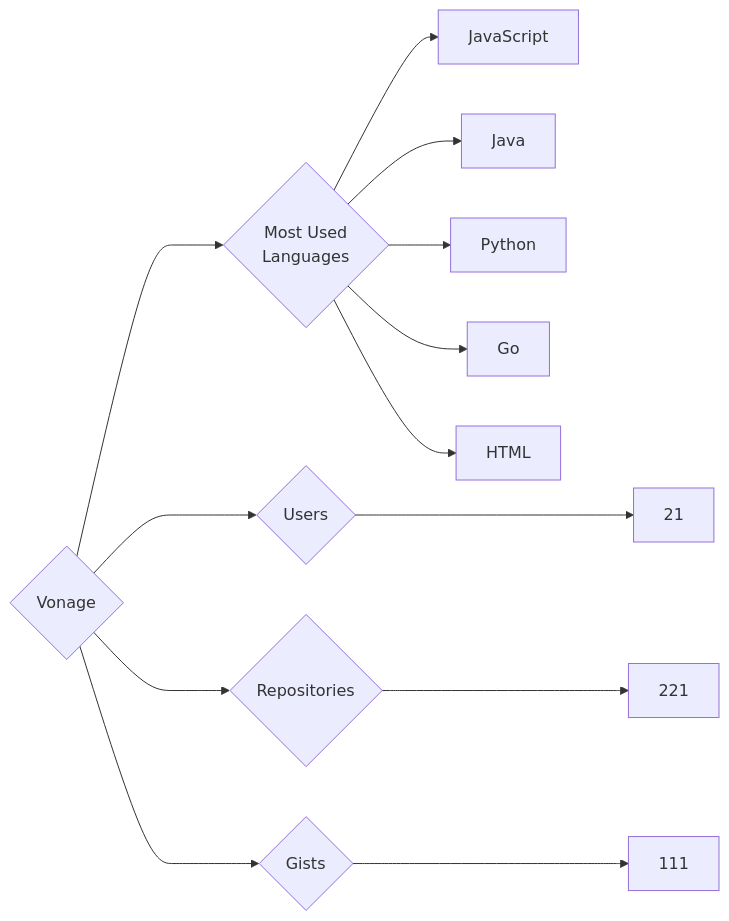
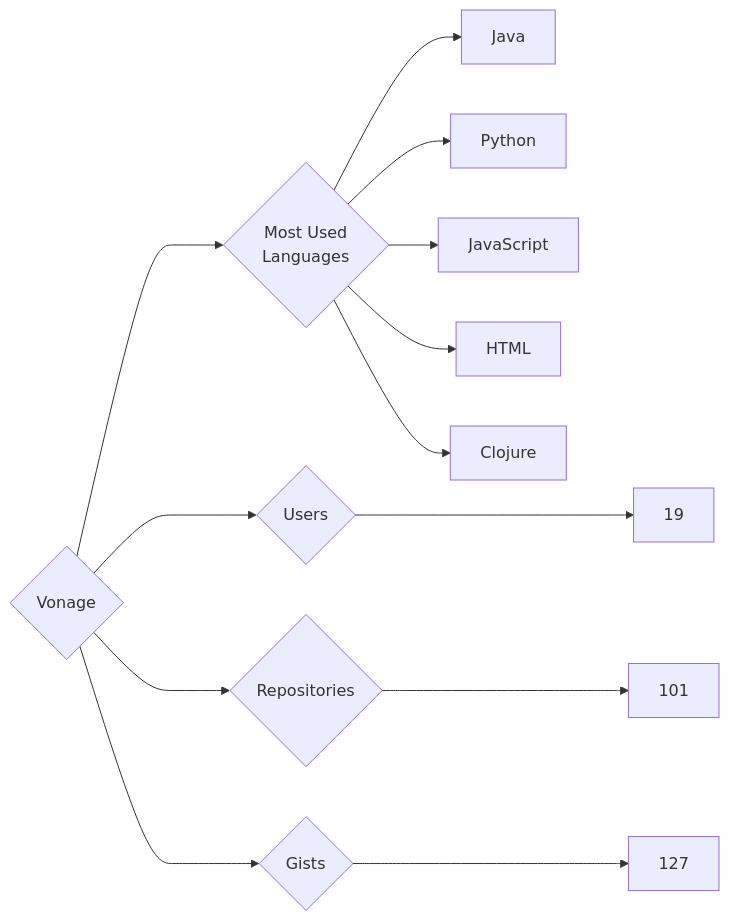
Before and after one commit to trickest/insiders: the diagram in targets/Vonage/README.md, drawn with Mermaid. The commit also changed 814 other files, not shown here.

````diff
--- a/targets/Vonage/README.md
+++ b/targets/Vonage/README.md
@@ -3,13 +3,13 @@
 ```mermaid
 graph LR
 COMPANY_NAME{Vonage}
-COMPANY_NAME ---> U{Users} ---> UN[21]
-COMPANY_NAME ---> R{Repositories} ---> RN[221]
-COMPANY_NAME ---> G{Gists} ---> GN[111]
+COMPANY_NAME ---> U{Users} ---> UN[19]
+COMPANY_NAME ---> R{Repositories} ---> RN[101]
+COMPANY_NAME ---> G{Gists} ---> GN[127]
 COMPANY_NAME ---> ML{Most Used<br>Languages}
-ML --> JavaScript[JavaScript]
 ML --> Java[Java]
 ML --> Python[Python]
-ML --> Go[Go]
+ML --> JavaScript[JavaScript]
 ML --> HTML[HTML]
+ML --> Clojure[Clojure]
 ```
````
